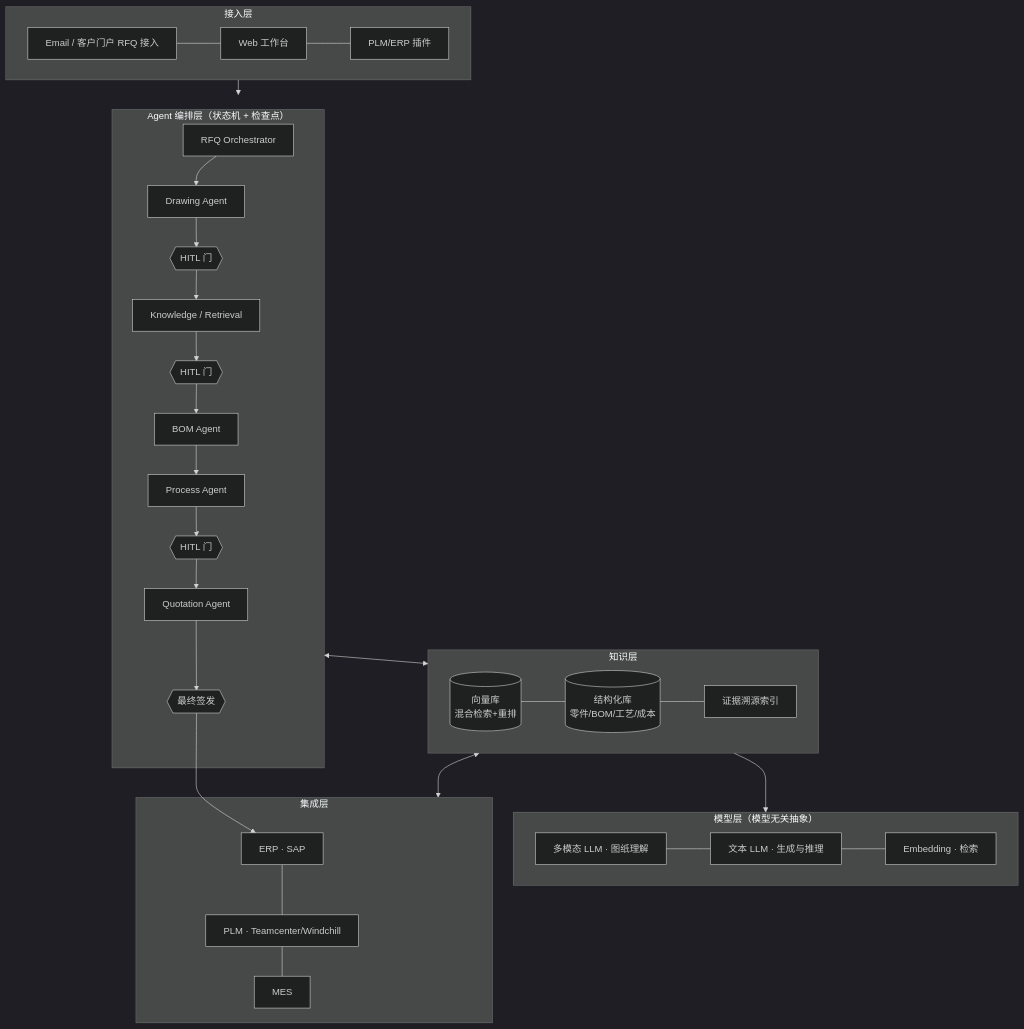
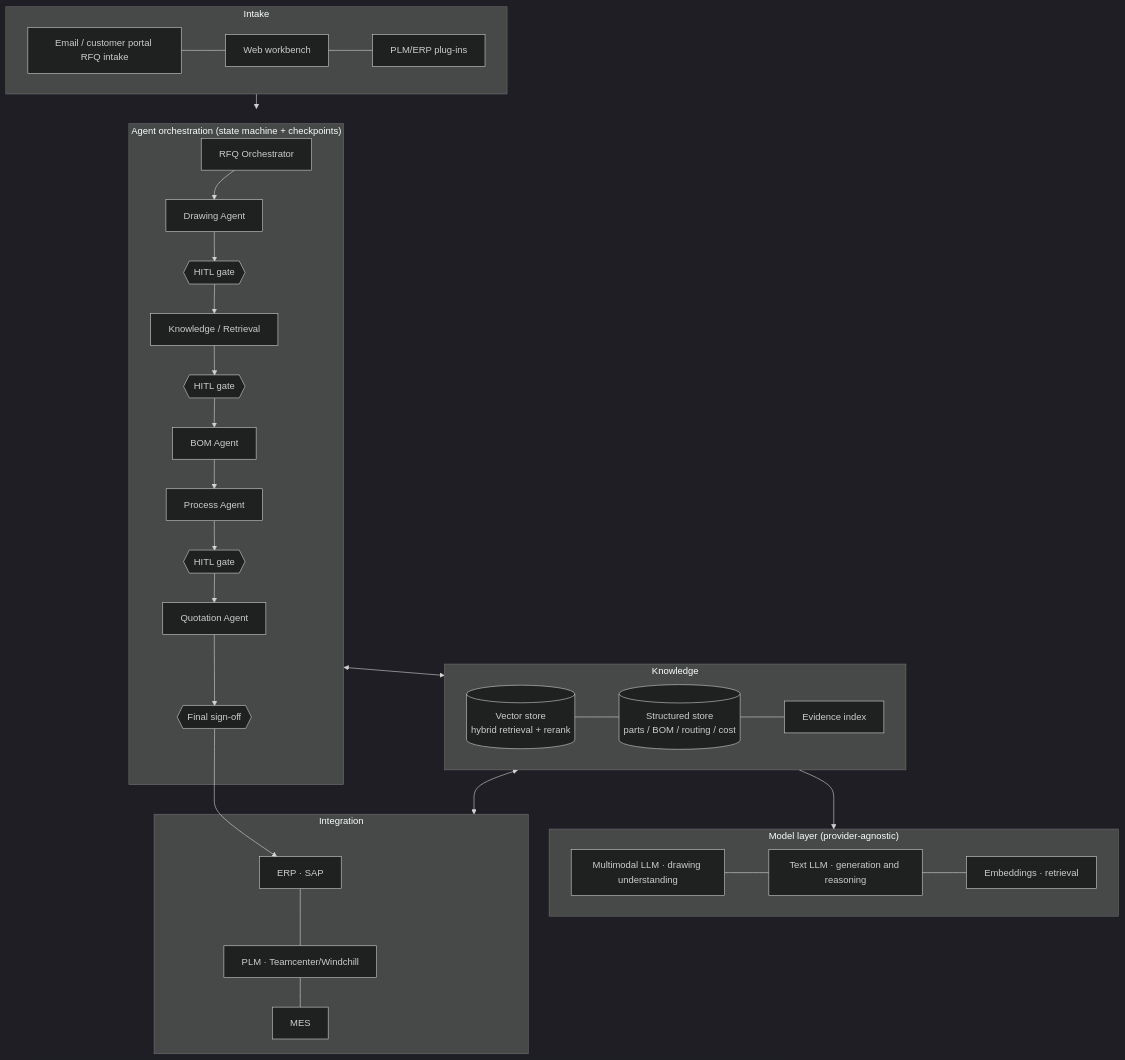
The second of 2 diagrams in docs/solution-design.md (Ethan-YS/quotemind), drawn with Mermaid (dark theme) before and after one commit. The commit also changed other lines of this file and 3 other files, not shown here.

````diff
--- a/docs/solution-design.md
+++ b/docs/solution-design.md
@@ -125,26 +126,26 @@
 ```mermaid
 flowchart TB
-    subgraph 接入层
-        A1[Email / 客户门户 RFQ 接入] --- A2[Web 工作台] --- A3[PLM/ERP 插件]
+    subgraph Intake
+        A1[Email / customer portal RFQ intake] --- A2[Web workbench] --- A3[PLM/ERP plug-ins]
     end
-    subgraph 编排层["Agent 编排层（状态机 + 检查点）"]
-        O[RFQ Orchestrator] --> G1[Drawing Agent] --> H1{{HITL 门}}
-        H1 --> G2[Knowledge / Retrieval] --> H2{{HITL 门}}
-        H2 --> G3[BOM Agent] --> G4[Process Agent] --> H3{{HITL 门}}
-        H3 --> G5[Quotation Agent] --> H4{{最终签发}}
+    subgraph Orchestration["Agent orchestration (state machine + checkpoints)"]
+        O[RFQ Orchestrator] --> G1[Drawing Agent] --> H1{{HITL gate}}
+        H1 --> G2[Knowledge / Retrieval] --> H2{{HITL gate}}
+        H2 --> G3[BOM Agent] --> G4[Process Agent] --> H3{{HITL gate}}
+        H3 --> G5[Quotation Agent] --> H4{{Final sign-off}}
     end
-    subgraph 知识层
-        K1[(向量库<br/>混合检索+重排)] --- K2[(结构化库<br/>零件/BOM/工艺/成本)] --- K3[证据溯源索引]
+    subgraph Knowledge
+        K1[(Vector store<br/>hybrid retrieval + rerank)] --- K2[(Structured store<br/>parts / BOM / routing / cost)] --- K3[Evidence index]
     end
-    subgraph 模型层["模型层（模型无关抽象）"]
-        M1[多模态 LLM · 图纸理解] --- M2[文本 LLM · 生成与推理] --- M3[Embedding · 检索]
+    subgraph Models["Model layer (provider-agnostic)"]
+        M1[Multimodal LLM · drawing understanding] --- M2[Text LLM · generation and reasoning] --- M3[Embeddings · retrieval]
     end
-    subgraph 集成层
+    subgraph Integration
         I1[ERP · SAP] --- I2[PLM · Teamcenter/Windchill] --- I3[MES]
     end
-    接入层 --> 编排层
-    编排层 <--> 知识层
-    知识层 --> 模型层
-    知识层 <--> 集成层
+    Intake --> Orchestration
+    Orchestration <--> Knowledge
+    Knowledge --> Models
+    Knowledge <--> Integration
     H4 --> I1
 ```
````
